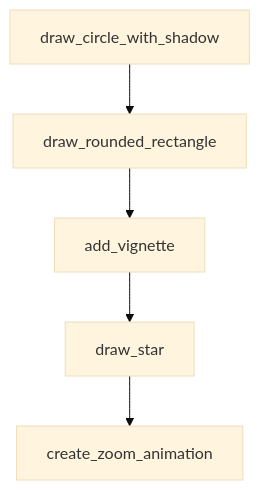
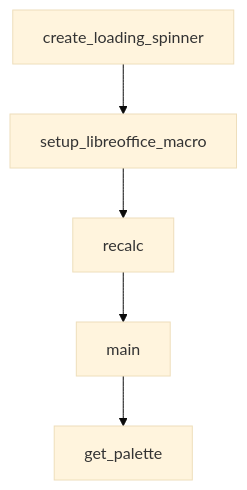
The diagram in tutorials/awesome-claude-skills-tutorial/04-skill-authoring-template-and-quality-standards.md (johnxie/awesome-code-docs), drawn with Mermaid (base theme) before and after one commit. The commit also changed other lines of this file and 1232 other files, not shown here.

````diff
--- a/tutorials/awesome-claude-skills-tutorial/04-skill-authoring-template-and-quality-standards.md
+++ b/tutorials/awesome-claude-skills-tutorial/04-skill-authoring-template-and-quality-standards.md
@@ -214,12 +203,12 @@
 ```mermaid
 flowchart TD
-    A[draw_circle_with_shadow]
-    B[draw_rounded_rectangle]
-    C[add_vignette]
-    D[draw_star]
-    E[create_zoom_animation]
+    A[create_loading_spinner]
+    B[setup_libreoffice_macro]
+    C[recalc]
+    D[main]
+    E[get_palette]
     A --> B
     B --> C
     C --> D
     D --> E
 ```
````
